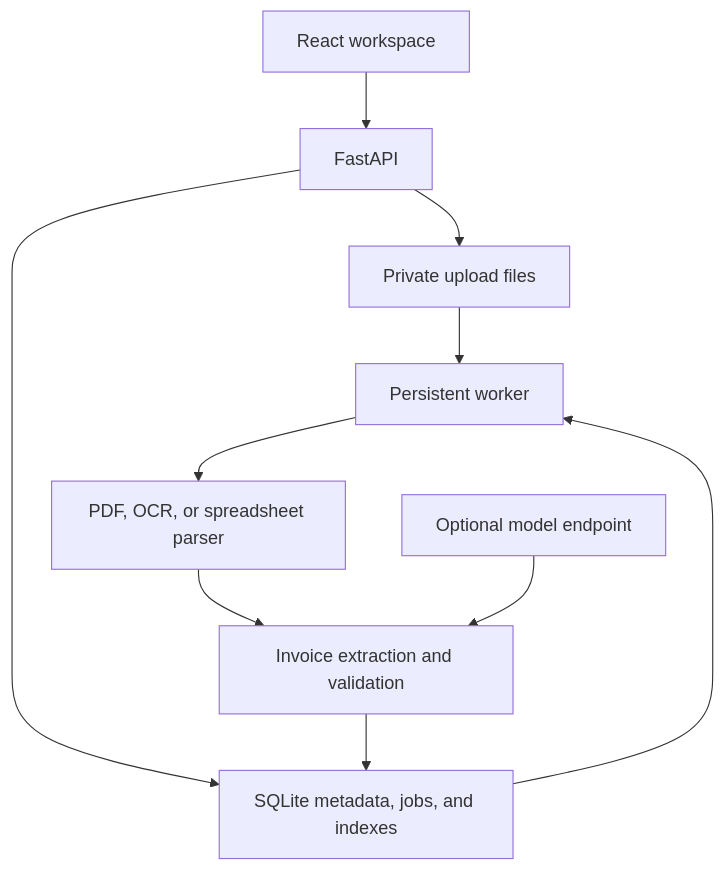
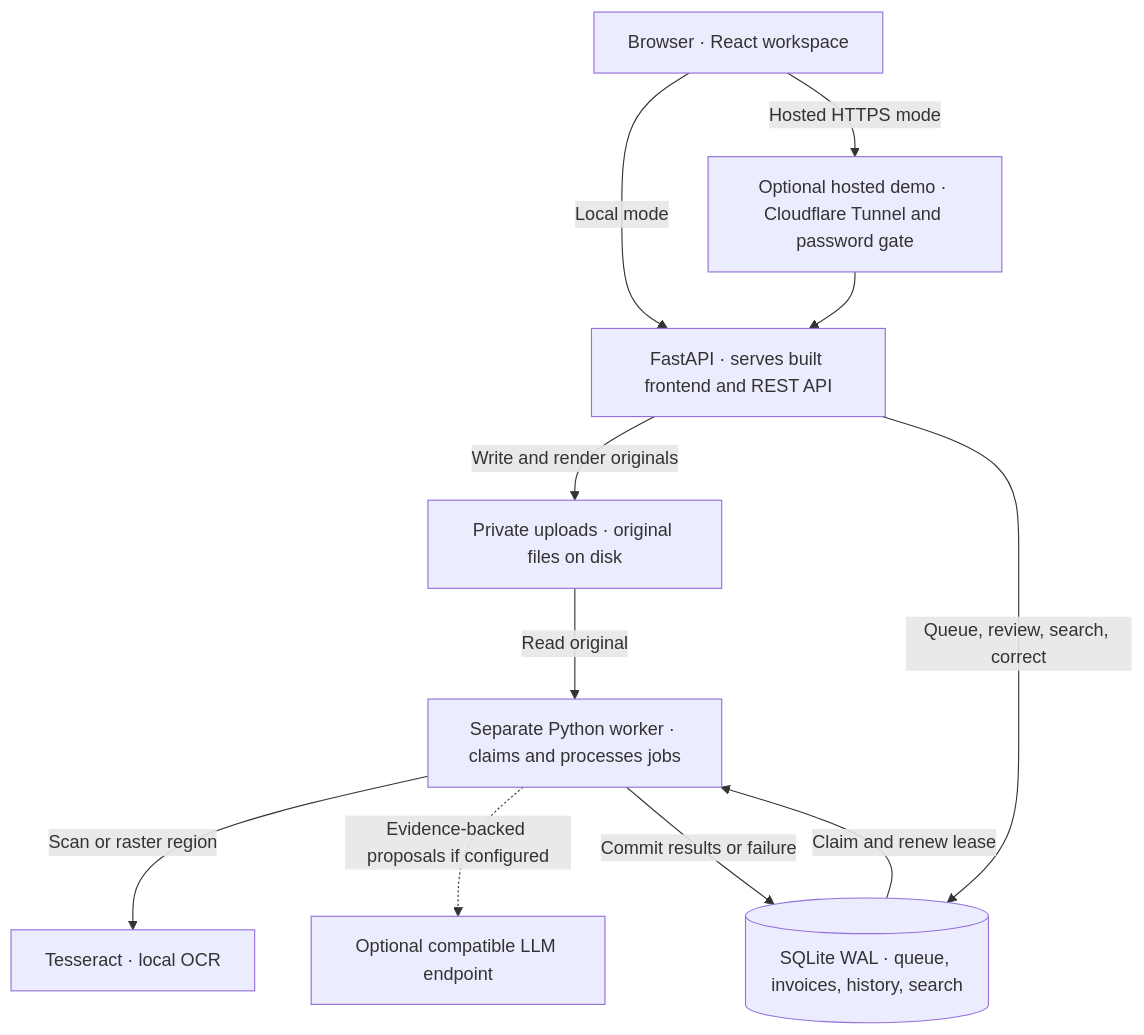
Before and after one commit to Alfa5nm/care-guide-ledger-review: the first of 5 diagrams in docs/ARCHITECTURE.md, drawn with Mermaid. The commit also changed other lines of this file and 8 other files, not shown here.

````diff
--- a/docs/ARCHITECTURE.md
+++ b/docs/ARCHITECTURE.md
@@ -3,12 +7,22 @@
 ```mermaid
 flowchart TD
-  Browser["React workspace"] --> API["FastAPI"]
-  API --> Blob["Private upload files"]
-  API --> Store["SQLite metadata, jobs, and indexes"]
-  Store --> Worker["Persistent worker"]
-  Blob --> Worker
-  Worker --> Parse["PDF, OCR, or spreadsheet parser"]
-  Parse --> Extract["Invoice extraction and validation"]
-  Model["Optional model endpoint"] --> Extract
-  Extract --> Store
+  Web["Browser · React workspace"]
+  Edge["Optional hosted demo · Cloudflare Tunnel and password gate"]
+  API["FastAPI · serves built frontend and REST API"]
+  Files["Private uploads · original files on disk"]
+  DB[("SQLite WAL · queue, invoices, history, search")]
+  Worker["Separate Python worker · claims and processes jobs"]
+  OCR["Tesseract · local OCR"]
+  Model["Optional compatible LLM endpoint"]
+
+  Web -->|"Local mode"| API
+  Web -->|"Hosted HTTPS mode"| Edge
+  Edge --> API
+  API -->|"Write and render originals"| Files
+  API -->|"Queue, review, search, correct"| DB
+  DB -->|"Claim and renew lease"| Worker
+  Files -->|"Read original"| Worker
+  Worker -->|"Scan or raster region"| OCR
+  Worker -.->|"Evidence-backed proposals if configured"| Model
+  Worker -->|"Commit results or failure"| DB
 ```
````
